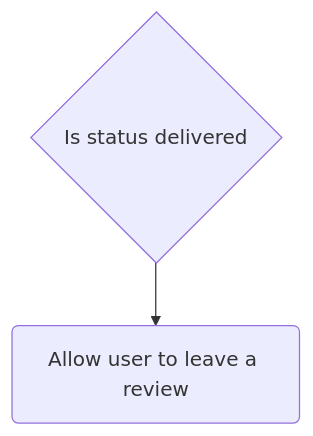
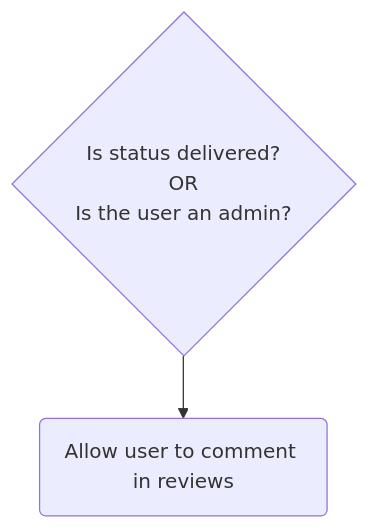
One commit to aymanbazyan/storeflow-docs changed the second of 2 diagrams in docs/03-Guides/Store-Management/How-the-Orders-System-Works.md. Above: the diagram before and after it, drawn with Mermaid. The commit also changed other lines of this file and 4 other files, not shown here.

````diff
--- a/docs/03-Guides/Store-Management/How-the-Orders-System-Works.md
+++ b/docs/03-Guides/Store-Management/How-the-Orders-System-Works.md
@@ -50,5 +50,5 @@
 ```mermaid
 graph TD;
 
-        L{Is status delivered}-->J(Allow user to leave a review)
+        L{Is status delivered?<br/>OR<br/>Is the user an admin?}-->J(Allow user to comment in reviews)
 ```
````
